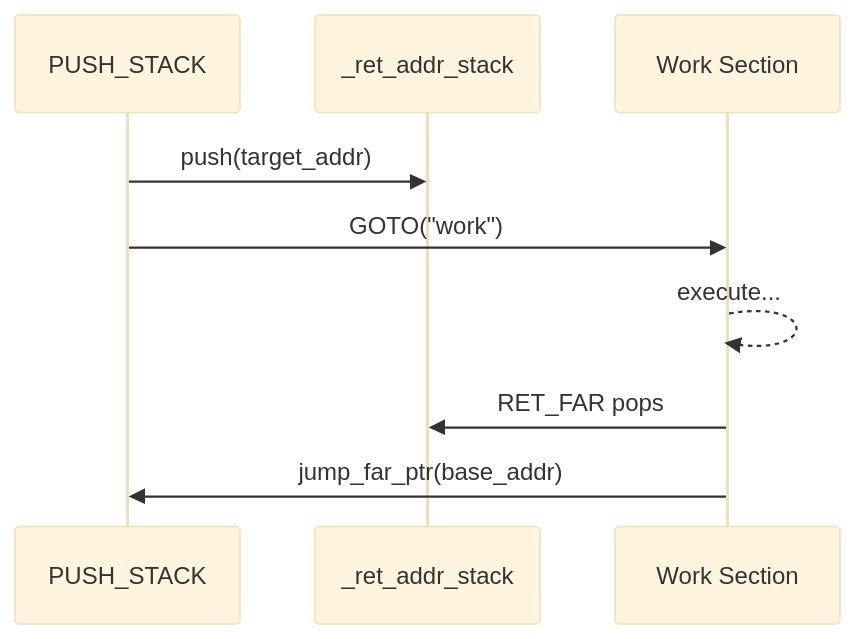
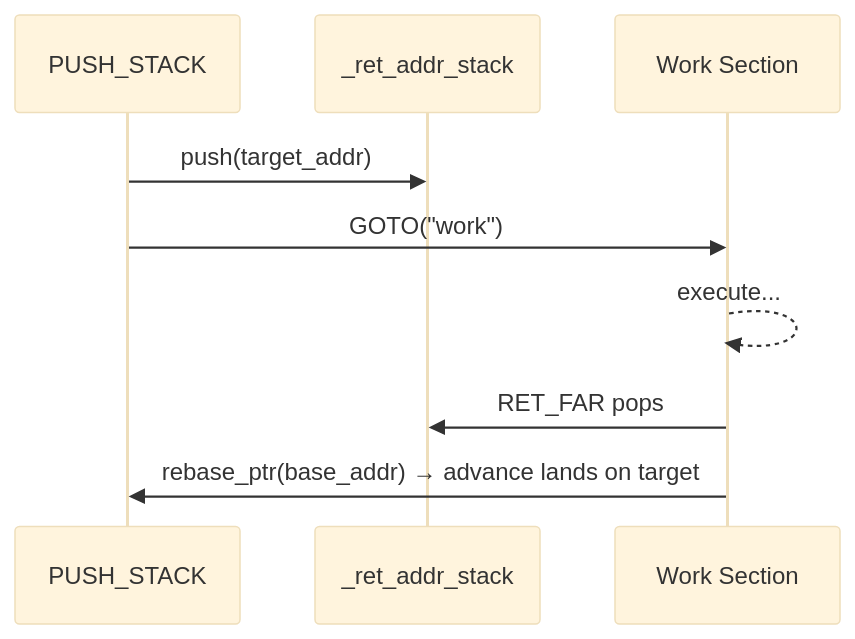
One commit to AmritaBot/AmritaSense changed the diagram in docs/guide/practice/manual-stack-management.md. Above: the diagram before and after it, drawn with Mermaid (base theme). The commit also changed other lines of this file and 102 other files, not shown here.

````diff
--- a/docs/guide/practice/manual-stack-management.md
+++ b/docs/guide/practice/manual-stack-management.md
@@ -17,12 +17,12 @@
 ```mermaid
 sequenceDiagram
     participant N as PUSH_STACK
     participant S as _ret_addr_stack
     participant W as Work Section
 
     N->>S: push(target_addr)
     N->>W: GOTO("work")
     W-->>W: execute...
     W->>S: RET_FAR pops
-    W->>N: jump_far_ptr(base_addr)
+    W->>N: rebase_ptr(base_addr) → advance lands on target
 ```
````
